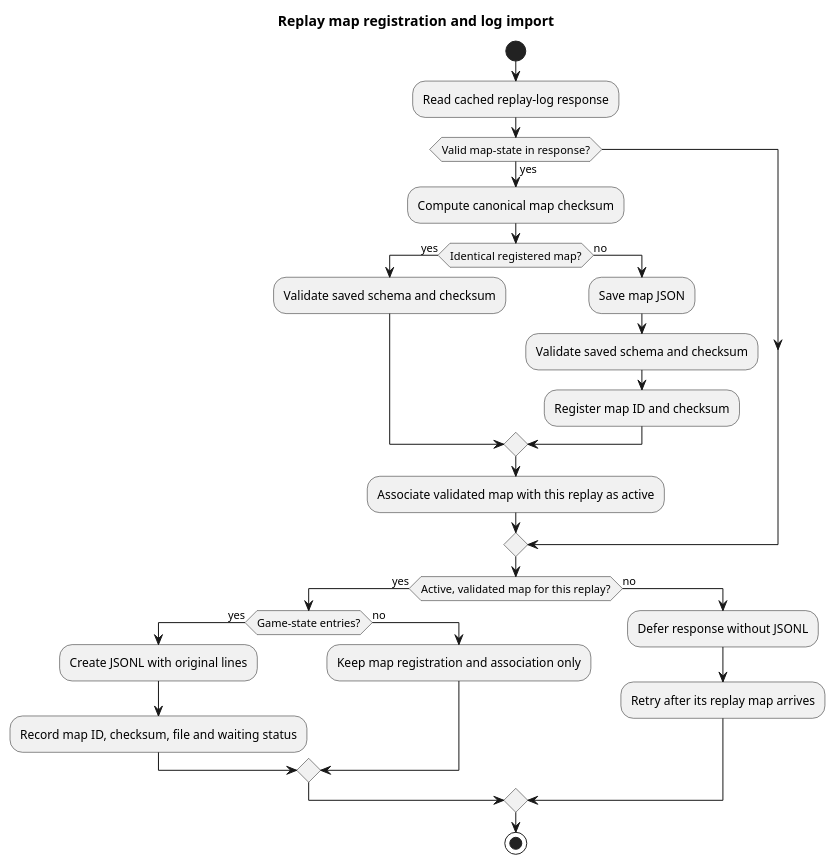
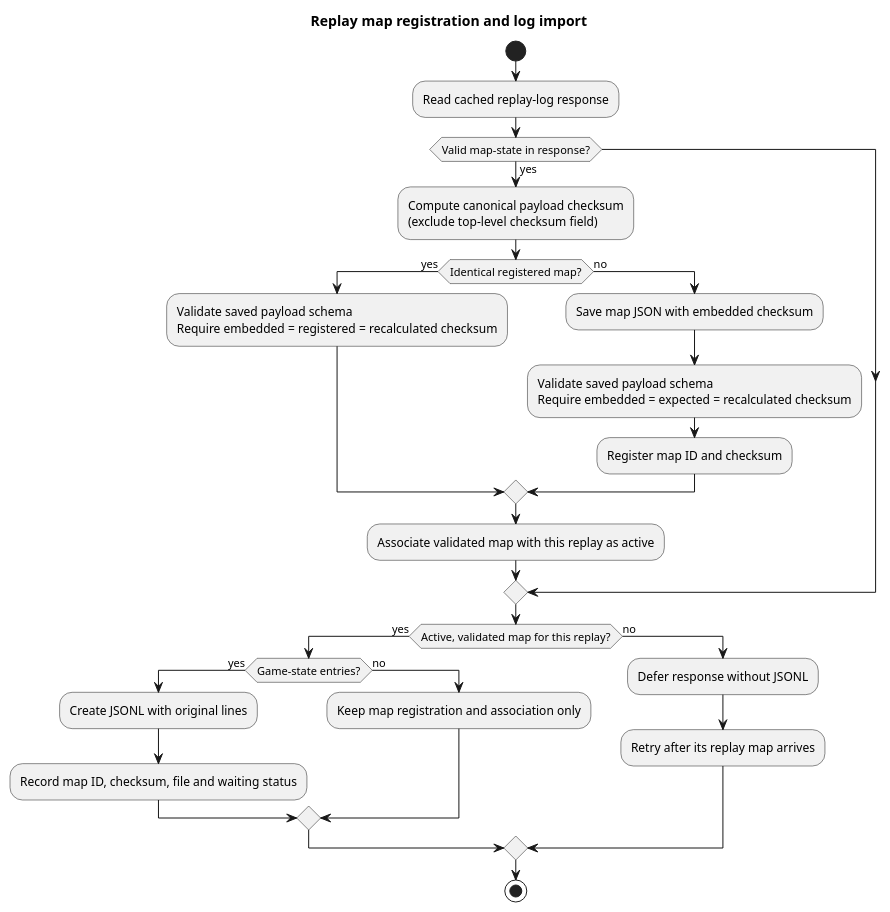
One commit to zolcsika71/pain_and_gain changed the diagram in docs/diagrams/replay-map-import.puml. Above: the diagram before and after it, drawn with PlantUML. The commit also changed 6 other files, not shown here.

Commit message:
Validate saved replay maps and formalize review lifecycle

```diff
--- a/docs/diagrams/replay-map-import.puml
+++ b/docs/diagrams/replay-map-import.puml
@@ -1,30 +1,30 @@
 @startuml
 title Replay map registration and log import
 
 start
 :Read cached replay-log response;
 if (Valid map-state in response?) then (yes)
-  :Compute canonical map checksum;
+  :Compute canonical payload checksum\n(exclude top-level checksum field);
   if (Identical registered map?) then (yes)
-    :Validate saved schema and checksum;
+    :Validate saved payload schema\nRequire embedded = registered = recalculated checksum;
   else (no)
-    :Save map JSON;
-    :Validate saved schema and checksum;
+    :Save map JSON with embedded checksum;
+    :Validate saved payload schema\nRequire embedded = expected = recalculated checksum;
     :Register map ID and checksum;
   endif
   :Associate validated map with this replay as active;
 endif
 if (Active, validated map for this replay?) then (yes)
   if (Game-state entries?) then (yes)
     :Create JSONL with original lines;
     :Record map ID, checksum, file and waiting status;
   else (no)
     :Keep map registration and association only;
   endif
 else (no)
   :Defer response without JSONL;
   :Retry after its replay map arrives;
 endif
 stop
 
 @enduml
```
